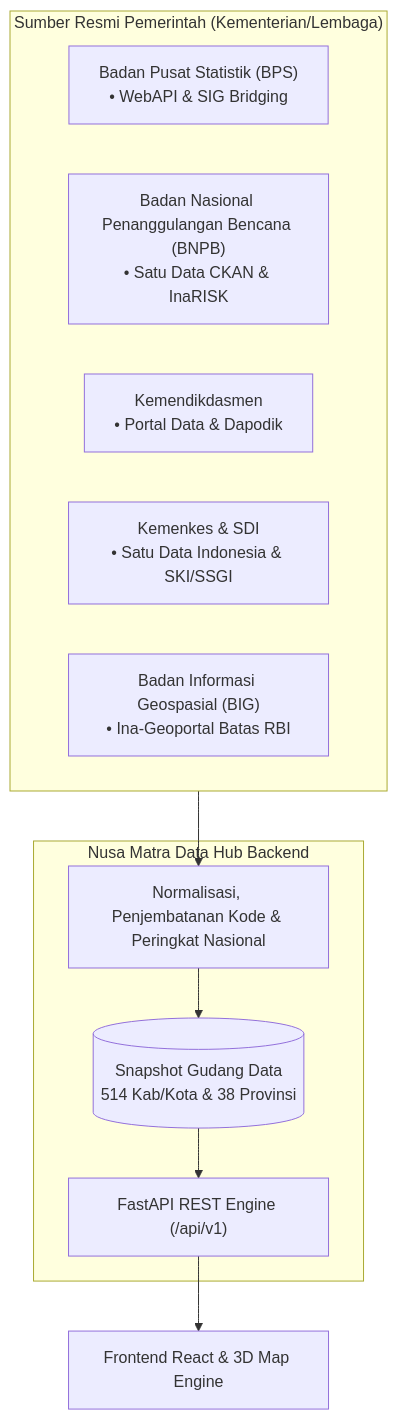
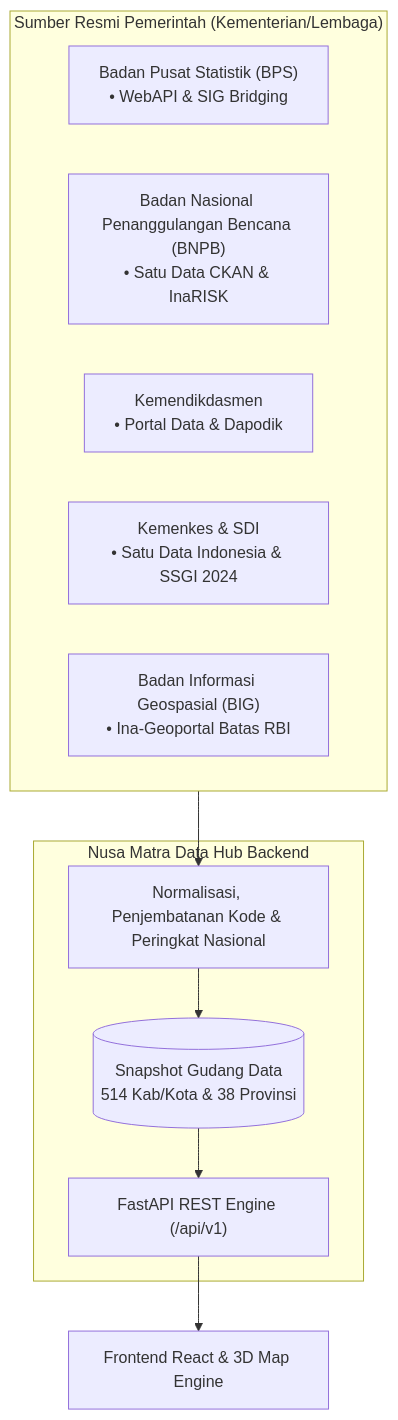
Before and after one commit to masean24/NusaMatra-DataHub: the diagram in docs/GOVERNMENT_DATA_SOURCES.md, drawn with Mermaid. The commit also changed other lines of this file and 10 other files, not shown here.

First line of the commit message:
data: replace stunting source with SSGI 2024

````diff
--- a/docs/GOVERNMENT_DATA_SOURCES.md
+++ b/docs/GOVERNMENT_DATA_SOURCES.md
@@ -10,20 +10,20 @@
 ```mermaid
 flowchart TD
     subgraph Upstream ["Sumber Resmi Pemerintah (Kementerian/Lembaga)"]
         BPS["Badan Pusat Statistik (BPS)<br/>• WebAPI & SIG Bridging"]
         BNPB["Badan Nasional Penanggulangan Bencana (BNPB)<br/>• Satu Data CKAN & InaRISK"]
         KEMENDIK["Kemendikdasmen<br/>• Portal Data & Dapodik"]
-        KEMENKES["Kemenkes & SDI<br/>• Satu Data Indonesia & SKI/SSGI"]
+        KEMENKES["Kemenkes & SDI<br/>• Satu Data Indonesia & SSGI 2024"]
         BIG["Badan Informasi Geospasial (BIG)<br/>• Ina-Geoportal Batas RBI"]
     end
 
     subgraph Hub ["Nusa Matra Data Hub Backend"]
         ETL["Normalisasi, Penjembatanan Kode & Peringkat Nasional"]
         Warehouse[("Snapshot Gudang Data<br/>514 Kab/Kota & 38 Provinsi")]
         API["FastAPI REST Engine (/api/v1)"]
         ETL --> Warehouse --> API
     end
 
     Upstream --> ETL
     API --> Client["Frontend React & 3D Map Engine"]
 ```
````
